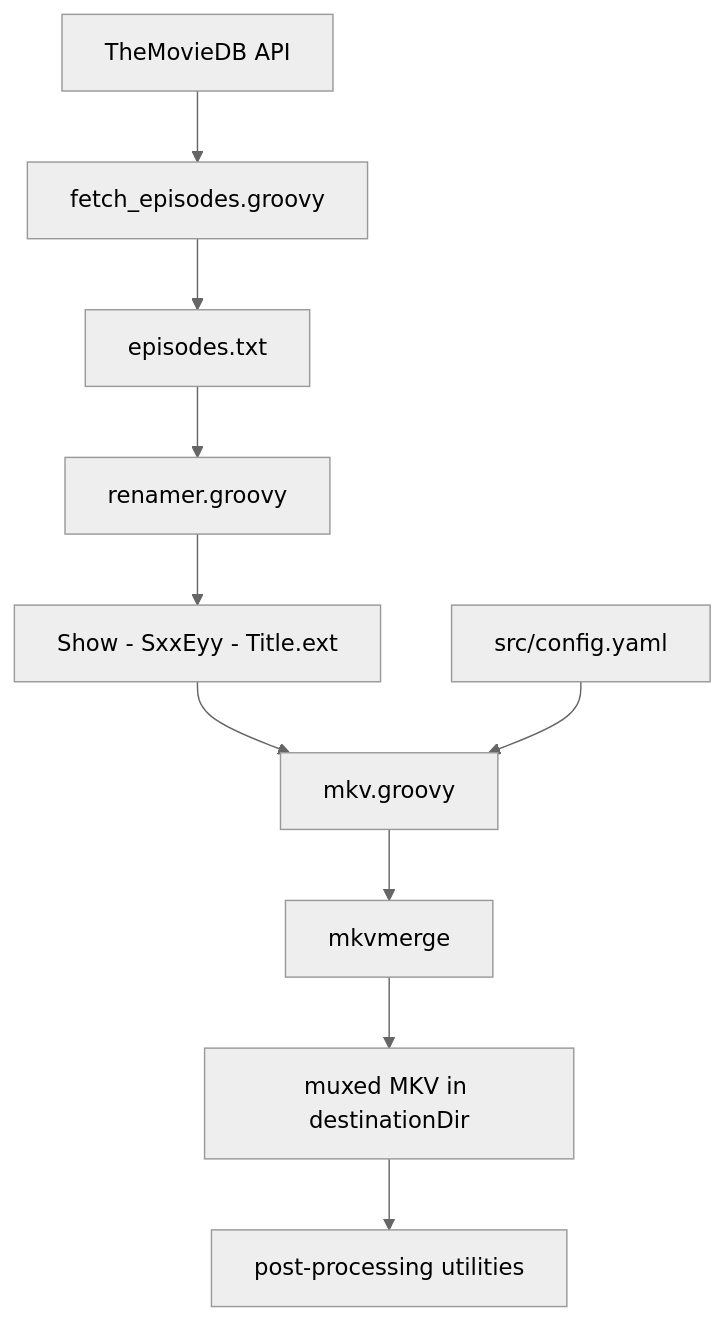
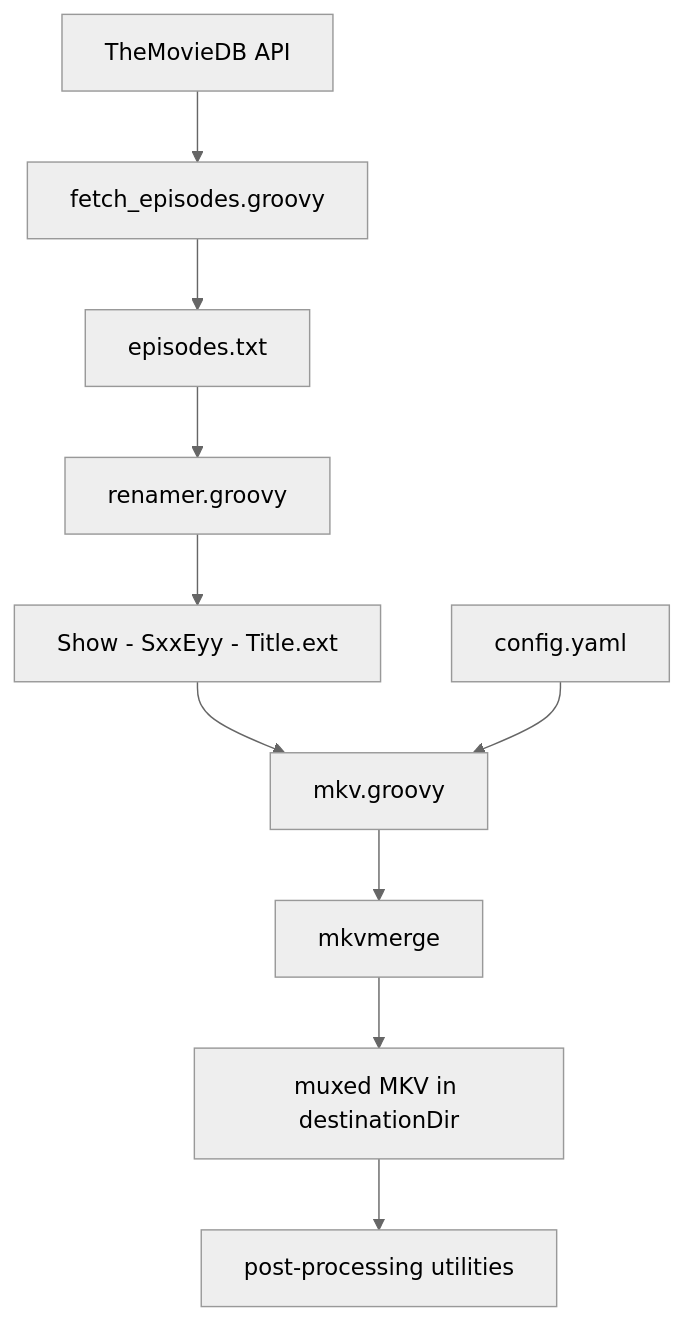
One commit to vdenisov/mkv-scripts changed the diagram in README.md. Above: the diagram before and after it, drawn with Mermaid (neutral theme). The commit also changed other lines of this file and 4 other files, not shown here.

````diff
--- a/README.md
+++ b/README.md
@@ -34,11 +35,11 @@
 ```mermaid
 flowchart TD
     TMDB[TheMovieDB API] --> FETCH["fetch_episodes.groovy"]
     FETCH --> EP["episodes.txt"]
     EP --> REN["renamer.groovy"]
     REN --> FILES["Show - SxxEyy - Title.ext"]
     FILES --> MKV["mkv.groovy"]
-    CFG["src/config.yaml"] --> MKV
+    CFG["config.yaml"] --> MKV
     MKV --> MERGE[mkvmerge] --> OUT["muxed MKV in destinationDir"]
     OUT --> POST["post-processing utilities"]
 ```
````
